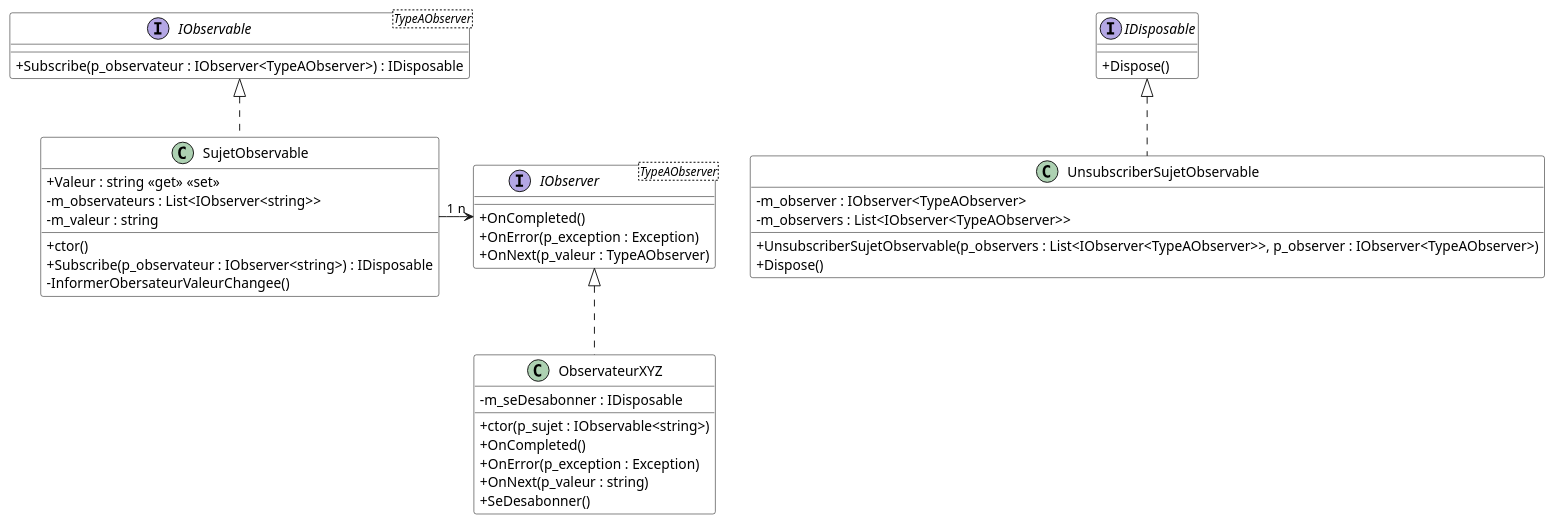
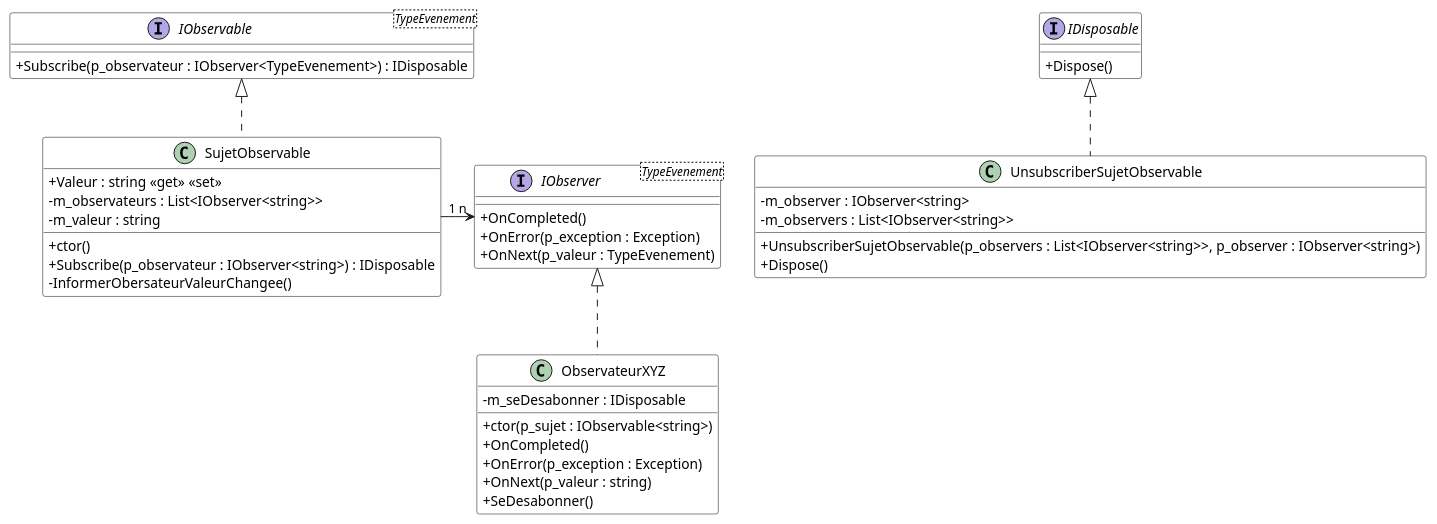
The diagram in Module10_Patrons_Conception02/diag/DiagCours.wsd (PiFou86/420-W30-SF), drawn with PlantUML before and after one commit. The commit also changed 8 other files, not shown here.

```diff
--- a/Module10_Patrons_Conception02/diag/DiagCours.wsd
+++ b/Module10_Patrons_Conception02/diag/DiagCours.wsd
@@ -1,54 +1,54 @@
 @startuml DiagDTO
 
 skinparam classAttributeIconSize 0
 skinparam class {
     BackgroundColor White
     BorderColor #000
 }
 
 interface IDisposable {
     + Dispose()
 }
 
-interface IObservable<TypeAObserver> {
-    + Subscribe(p_observateur : IObserver<TypeAObserver>) : IDisposable
+interface IObservable<TypeEvenement> {
+    + Subscribe(p_observateur : IObserver<TypeEvenement>) : IDisposable
 }
 
-interface IObserver<TypeAObserver> {
+interface IObserver<TypeEvenement> {
     + OnCompleted()
     + OnError(p_exception : Exception)
-    + OnNext(p_valeur : TypeAObserver)
+    + OnNext(p_valeur : TypeEvenement)
 }
 
 class SujetObservable {
     + Valeur : string <<get>> <<set>>
     - m_observateurs : List<IObserver<string>>
     - m_valeur : string
     + ctor()
     + Subscribe(p_observateur : IObserver<string>) : IDisposable
     - InformerObersateurValeurChangee()
 }
 
 class ObservateurXYZ {
     - m_seDesabonner : IDisposable
     + ctor(p_sujet : IObservable<string>)
     + OnCompleted()
     + OnError(p_exception : Exception)
     + OnNext(p_valeur : string)
     + SeDesabonner()
 }
 
 class UnsubscriberSujetObservable {
-    - m_observer : IObserver<TypeAObserver>
-    - m_observers : List<IObserver<TypeAObserver>>
-    + UnsubscriberSujetObservable(p_observers : List<IObserver<TypeAObserver>>, p_observer : IObserver<TypeAObserver>)
+    - m_observer : IObserver<string>
+    - m_observers : List<IObserver<string>>
+    + UnsubscriberSujetObservable(p_observers : List<IObserver<string>>, p_observer : IObserver<string>)
     + Dispose()
 }
 
 SujetObservable "1" -right-> "n" IObserver
 IObserver <|.. ObservateurXYZ
 IDisposable <|.. UnsubscriberSujetObservable
 IObservable <|.. SujetObservable
 
 
 @enduml
```
